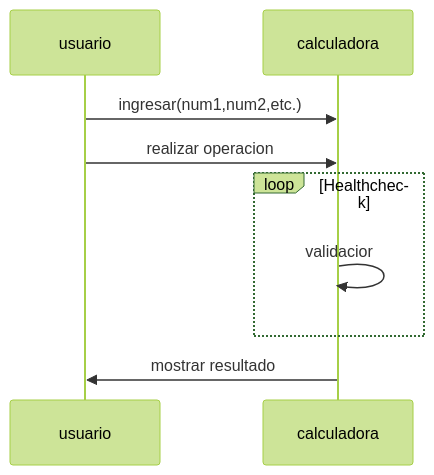
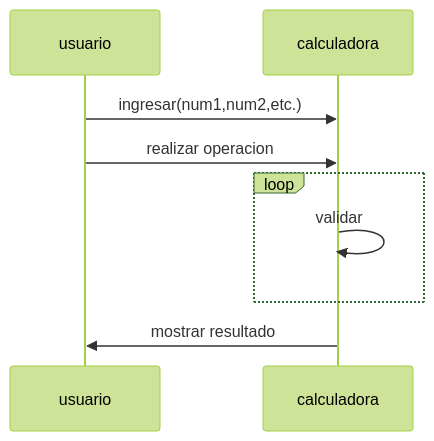
The diagram in README.md (PaolaVPV/diagrama), drawn with Mermaid (forest theme) before and after one commit.

````diff
--- a/README.md
+++ b/README.md
@@ -3,11 +3,11 @@
 ```mermaid
 sequenceDiagram
     usuario->>calculadora:ingresar(num1,num2,etc.)
     usuario->>calculadora:realizar operacion
-    loop Healthcheck
-        calculadora->>calculadora: validacior
+    loop
+        calculadora->>calculadora: validar
     end
     calculadora->>usuario:mostrar resultado
     
     
 ```
````
